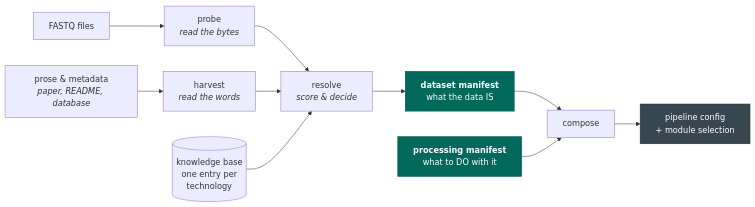
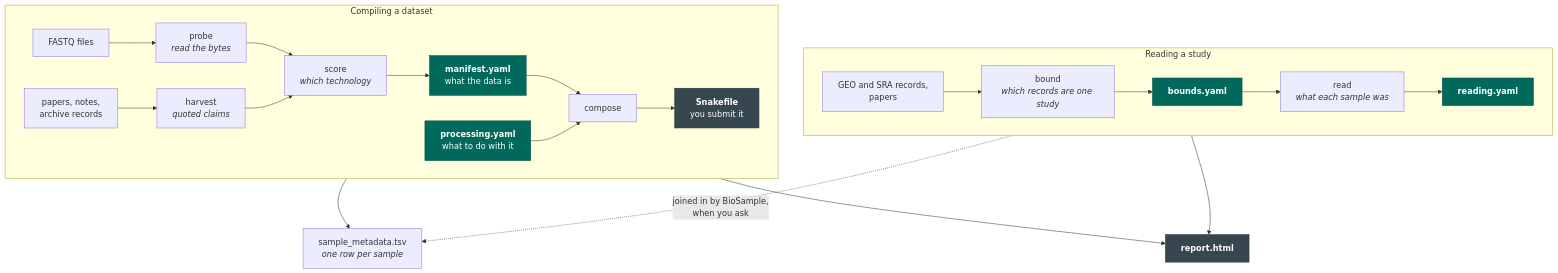
The diagram in docs/index.md (liuhlab/seqforge), drawn with Mermaid before and after one commit. The commit also changed other lines of this file and 29 other files, not shown here.

````diff
--- a/docs/index.md
+++ b/docs/index.md
@@ -35,23 +38,36 @@
 ```mermaid
-flowchart LR
-    F["FASTQ files"] --> P["probe<br/><i>read the bytes</i>"]
-    M["prose &amp; metadata<br/><i>paper, README, database</i>"] --> H["harvest<br/><i>read the words</i>"]
-    P --> R["resolve<br/><i>score &amp; decide</i>"]
-    H --> R
-    KB[("knowledge base<br/>one entry per<br/>technology")] --> R
-    R --> D["<span style='color:#fff'><b>dataset manifest</b><br/>what the data IS</span>"]
-    D --> C["compose"]
-    RECIPE["<span style='color:#fff'><b>processing manifest</b><br/>what to DO with it</span>"] --> C
-    C --> OUT["<span style='color:#fff'>pipeline config<br/>+ module selection</span>"]
+flowchart TB
+    subgraph STUDY["Reading a study"]
+        direction LR
+        GEO["GEO and SRA records,<br/>papers"] --> BOUND["bound<br/><i>which records are one study</i>"]
+        BOUND --> BY["<span style='color:#fff'><b>bounds.yaml</b></span>"]
+        BY --> READ["read<br/><i>what each sample was</i>"]
+        READ --> RY["<span style='color:#fff'><b>reading.yaml</b></span>"]
+    end
+    subgraph COMPILE["Compiling a dataset"]
+        direction LR
+        FQ["FASTQ files"] --> PROBE["probe<br/><i>read the bytes</i>"]
+        PROSE["papers, notes,<br/>archive records"] --> HARVEST["harvest<br/><i>quoted claims</i>"]
+        PROBE --> SCORE["score<br/><i>which technology</i>"]
+        HARVEST --> SCORE
+        SCORE --> MAN["<span style='color:#fff'><b>manifest.yaml</b><br/>what the data is</span>"]
+        MAN --> COMPOSE["compose"]
+        REC["<span style='color:#fff'><b>processing.yaml</b><br/>what to do with it</span>"] --> COMPOSE
+        COMPOSE --> SNAKE["<span style='color:#fff'><b>Snakefile</b><br/>you submit it</span>"]
+    end
+    MAN --> TSV["sample_metadata.tsv<br/><i>one row per sample</i>"]
+    RY -. "joined in by BioSample,<br/>when you ask" .-> TSV
+    RY --> REPORT["<span style='color:#fff'><b>report.html</b></span>"]
+    SNAKE --> REPORT
 
     %% The white <span> on every dark-filled label is load-bearing, not decoration. Do not
     %% replace it with `color:#fff` in the classDef below: mkdocs-material renders each diagram
     %% into a *closed* shadow root and styles the label's inner <p> directly, so a classDef
     %% colour lands on the wrapping element and loses to it — the text renders dark-on-dark.
     %% An inline colour on the text itself is the only thing that wins. Same for every dark
     %% node on this site.
     classDef artifact fill:#00695c,stroke:#004d40
     classDef output fill:#37474f,stroke:#263238
-    class D,RECIPE artifact
-    class OUT output
+    class BY,RY,MAN,REC artifact
+    class SNAKE,REPORT output
 ```
````
